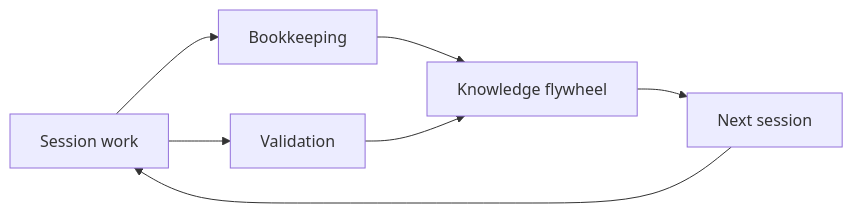
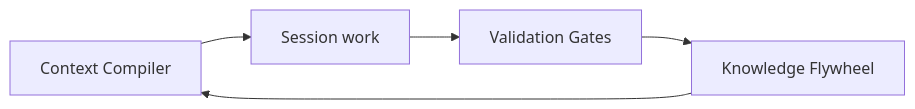
Before and after one commit to lguzzon-scratchbook/agentops: the diagram in docs/index.md, drawn with Mermaid. The commit also changed other lines of this file and 1 other file, not shown here.

````diff
--- a/docs/index.md
+++ b/docs/index.md
@@ -44,9 +43,7 @@
 ```mermaid
 flowchart LR
-    S[Session work] --> B[Bookkeeping]
-    S --> V[Validation]
-    B --> F[Knowledge flywheel]
-    V --> F
-    F --> N[Next session]
-    N --> S
+    C[Context Compiler] --> S[Session work]
+    S --> G[Validation Gates]
+    G --> F[Knowledge Flywheel]
+    F --> C
 ```
````
